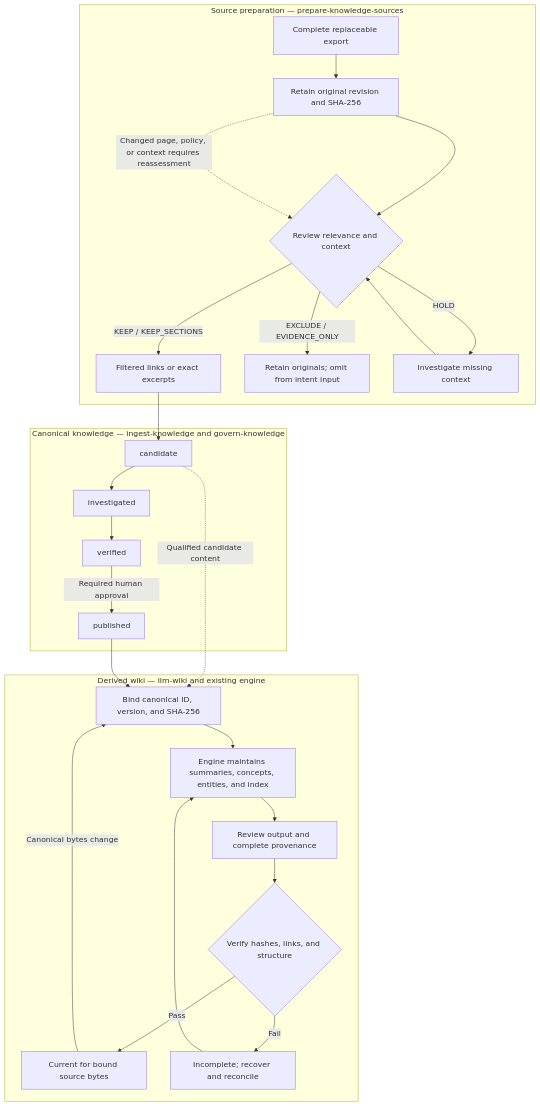
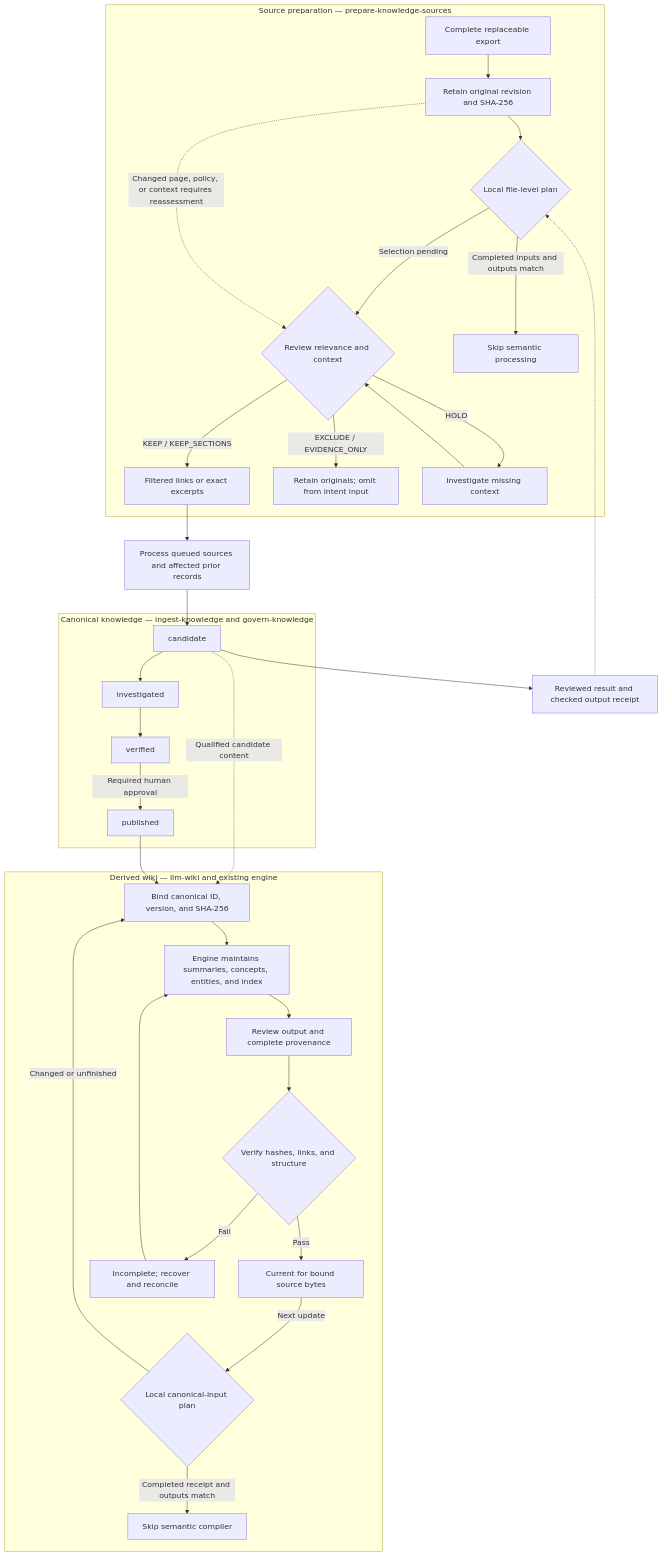
The diagram in docs/KNOWLEDGE_LIFECYCLE.md (lushevol/sdlc-workbench), drawn with Mermaid before and after one commit. The commit also changed other lines of this file and 31 other files, not shown here.

````diff
--- a/docs/KNOWLEDGE_LIFECYCLE.md
+++ b/docs/KNOWLEDGE_LIFECYCLE.md
@@ -9,29 +9,36 @@
 ```mermaid
 flowchart TB
     subgraph S["Source preparation — prepare-knowledge-sources"]
         A["Complete replaceable export"] --> B["Retain original revision and SHA-256"]
-        B --> C{"Review relevance and context"}
+        B --> P{"Local file-level plan"}
+        P -->|"Selection pending"| C{"Review relevance and context"}
+        P -->|"Completed inputs and outputs match"| N["Skip semantic processing"]
         C -->|"KEEP / KEEP_SECTIONS"| D["Filtered links or exact excerpts"]
         C -->|"EXCLUDE / EVIDENCE_ONLY"| E["Retain originals; omit from intent input"]
         C -->|"HOLD"| H["Investigate missing context"]
         H --> C
     end
     subgraph K["Canonical knowledge — ingest-knowledge and govern-knowledge"]
         K1["candidate"] --> K2["investigated"]
         K2 --> K3["verified"]
         K3 -->|"Required human approval"| K4["published"]
     end
-    D --> K1
+    D --> Q["Process queued sources and affected prior records"]
+    Q --> K1
+    K1 --> R["Reviewed result and checked output receipt"]
+    R -.-> P
     B -.->|"Changed page, policy, or context requires reassessment"| C
     subgraph W["Derived wiki — llm-wiki and existing engine"]
-        W1["Bind canonical ID, version, and SHA-256"] --> W2["Engine maintains summaries, concepts, entities, and index"]
+        W0{"Local canonical-input plan"} -->|"Changed or unfinished"| W1["Bind canonical ID, version, and SHA-256"]
+        W0 -->|"Completed receipt and outputs match"| W7["Skip semantic compiler"]
+        W1 --> W2["Engine maintains summaries, concepts, entities, and index"]
         W2 --> W3["Review output and complete provenance"]
         W3 --> W4{"Verify hashes, links, and structure"}
         W4 -->|"Pass"| W5["Current for bound source bytes"]
         W4 -->|"Fail"| W6["Incomplete; recover and reconcile"]
         W6 --> W2
-        W5 -->|"Canonical bytes change"| W1
+        W5 -->|"Next update"| W0
     end
     K1 -.->|"Qualified candidate content"| W1
     K4 --> W1
 ```
````
